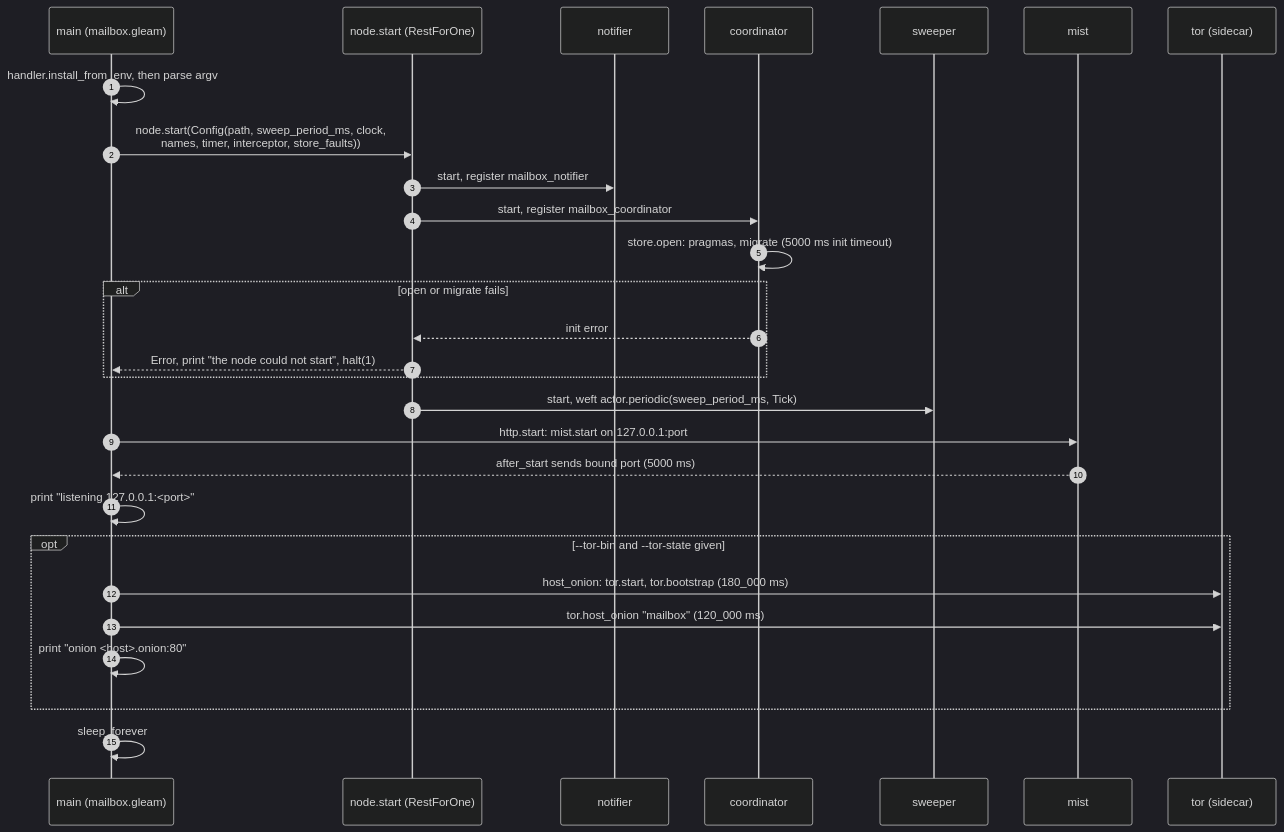
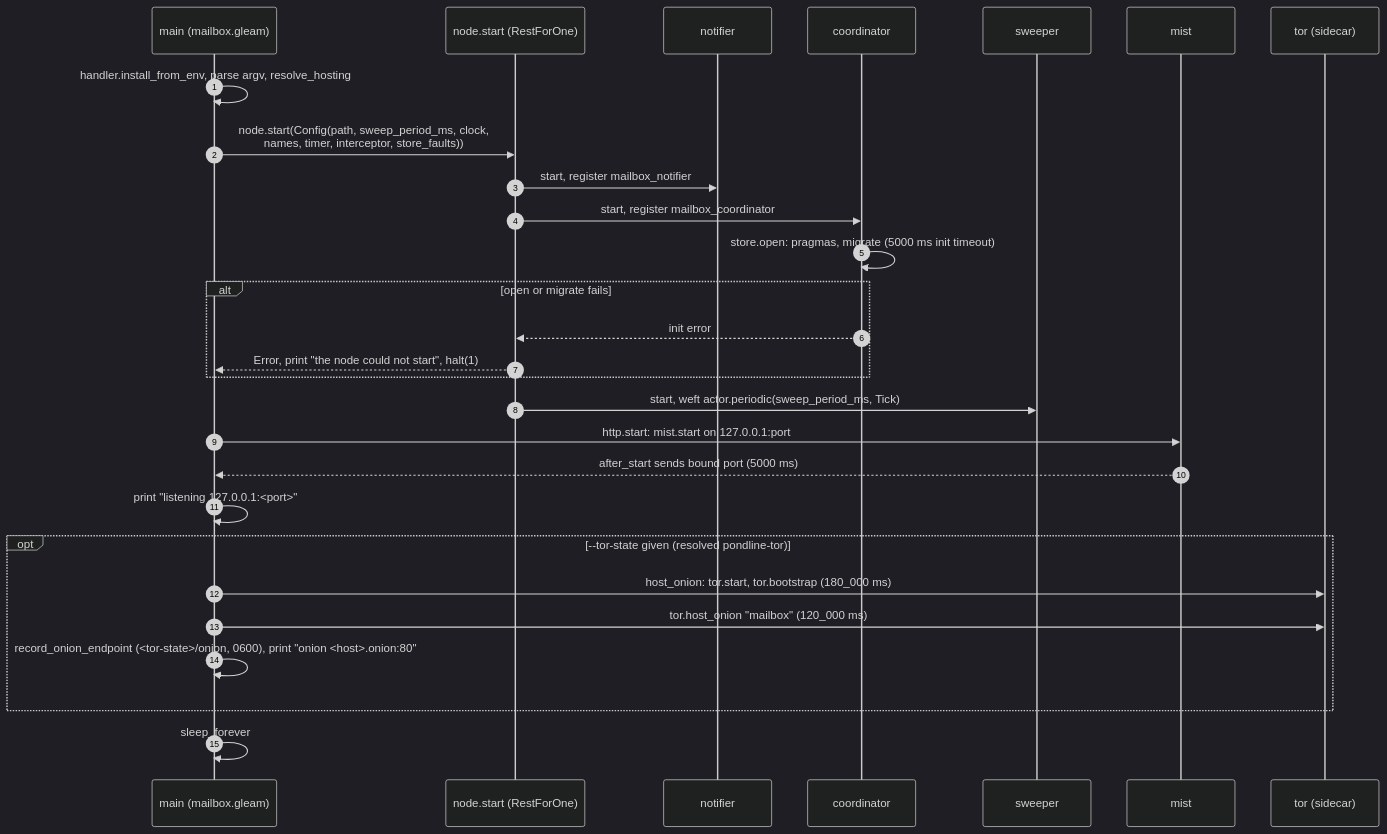
The second of 6 diagrams in docs/architecture/mailbox.md (Roasbeef/pondline), drawn with Mermaid (dark theme) before and after one commit. The commit also changed other lines of this file and 10 other files, not shown here.

First line of the commit message:
docs: sync architecture docs and site allowlist with ADR-015

````diff
--- a/docs/architecture/mailbox.md
+++ b/docs/architecture/mailbox.md
@@ -87,31 +81,31 @@
 ```mermaid
 sequenceDiagram
     autonumber
     participant Main as main (mailbox.gleam)
     participant Sup as node.start (RestForOne)
     participant N as notifier
     participant C as coordinator
     participant S as sweeper
     participant M as mist
     participant T as tor (sidecar)
 
-    Main->>Main: handler.install_from_env, then parse argv
+    Main->>Main: handler.install_from_env, parse argv, resolve_hosting
     Main->>Sup: node.start(Config(path, sweep_period_ms, clock,<br/>names, timer, interceptor, store_faults))
     Sup->>N: start, register mailbox_notifier
     Sup->>C: start, register mailbox_coordinator
     C->>C: store.open: pragmas, migrate (5000 ms init timeout)
     alt open or migrate fails
         C-->>Sup: init error
         Sup-->>Main: Error, print "the node could not start", halt(1)
     end
     Sup->>S: start, weft actor.periodic(sweep_period_ms, Tick)
     Main->>M: http.start: mist.start on 127.0.0.1:port
     M-->>Main: after_start sends bound port (5000 ms)
     Main->>Main: print "listening 127.0.0.1:<port>"
-    opt --tor-bin and --tor-state given
+    opt --tor-state given (resolved pondline-tor)
         Main->>T: host_onion: tor.start, tor.bootstrap (180_000 ms)
         Main->>T: tor.host_onion "mailbox" (120_000 ms)
-        Main->>Main: print "onion <host>.onion:80"
+        Main->>Main: record_onion_endpoint (<tor-state>/onion, 0600), print "onion <host>.onion:80"
     end
     Main->>Main: sleep_forever
 ```
````
